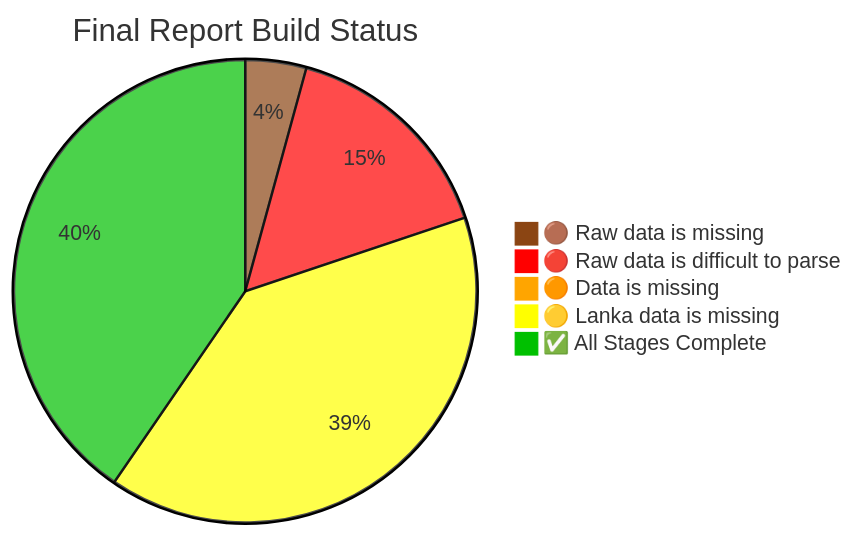
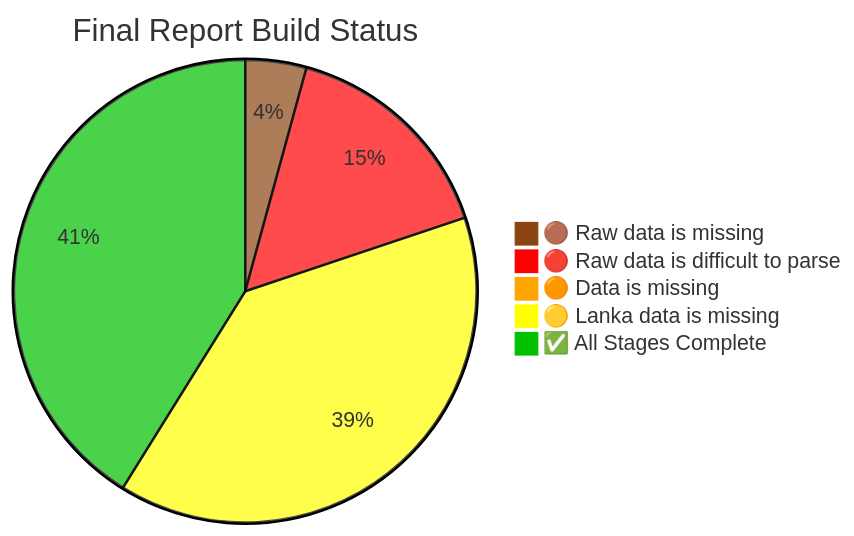
Before and after one commit to nuuuwan/lk_census_2024: the diagram in README.md, drawn with Mermaid. The commit also changed other lines of this file and 4 other files, not shown here.

Commit message:
Update language literacy and computer literacy data structures to include 'lanka_data_pass' attribute for 2024

````diff
--- a/README.md
+++ b/README.md
@@ -220,9 +220,9 @@
 ```mermaid
 %%{init: {"theme": "base", "themeVariables": {"pie1": "#8B4513", "pie2": "#FF0000", "pie3": "#FFA500", "pie4": "#FFFF00", "pie5": "#00c000"}}}%%
 pie title Final Report Build Status
 "🟤 Raw data is missing" : 6
     "🔴 Raw data is difficult to parse" : 22
     "🟠 Data is missing" : 1
-    "🟡 Lanka data is missing" : 56
-    "✅ All Stages Complete" : 57
+    "🟡 Lanka data is missing" : 55
+    "✅ All Stages Complete" : 58
 ```
````
